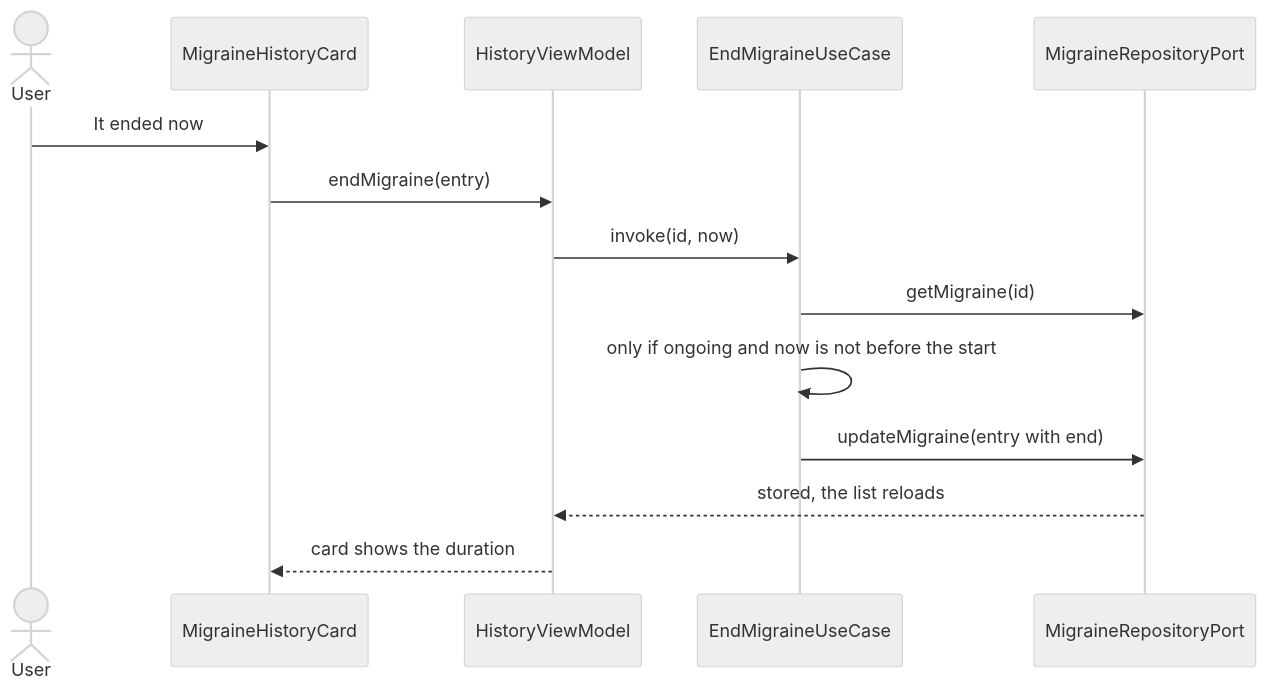
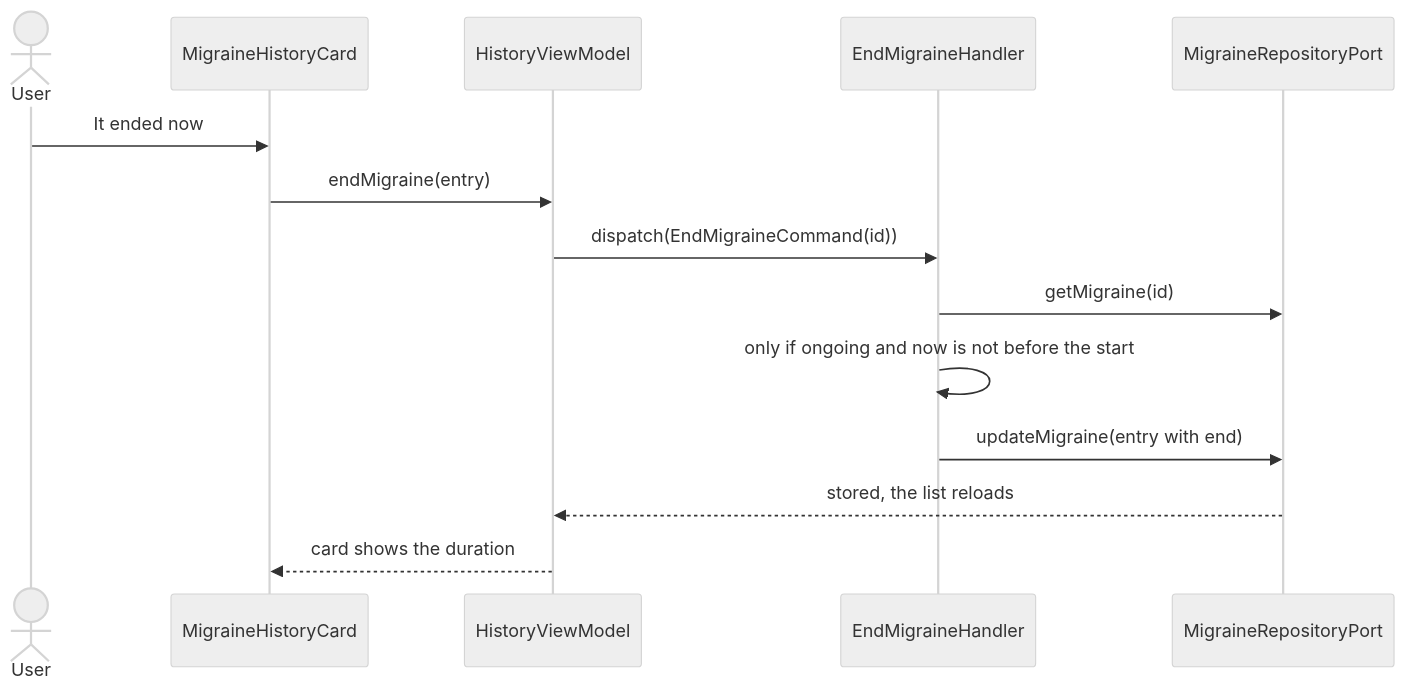
One commit to mannetje/health_journal changed diagram 12 of 13 in docs/dev/c4.md. Above: the diagram before and after it, drawn with Mermaid (neutral theme). The commit also changed other lines of this file and 214 other files, not shown here.

````diff
--- a/docs/dev/c4.md
+++ b/docs/dev/c4.md
@@ -313,16 +315,16 @@
 ```mermaid
 sequenceDiagram
     actor U as User
     participant C as MigraineHistoryCard
     participant VM as HistoryViewModel
-    participant E as EndMigraineUseCase
+    participant E as EndMigraineHandler
     participant P as MigraineRepositoryPort
     U->>C: It ended now
     C->>VM: endMigraine(entry)
-    VM->>E: invoke(id, now)
+    VM->>E: dispatch(EndMigraineCommand(id))
     E->>P: getMigraine(id)
     E->>E: only if ongoing and now is not before the start
     E->>P: updateMigraine(entry with end)
     P-->>VM: stored, the list reloads
     VM-->>C: card shows the duration
 ```
````
